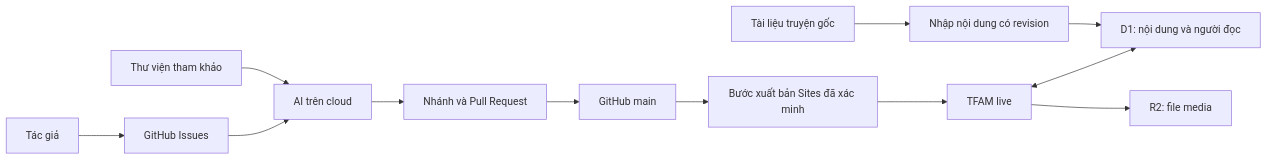
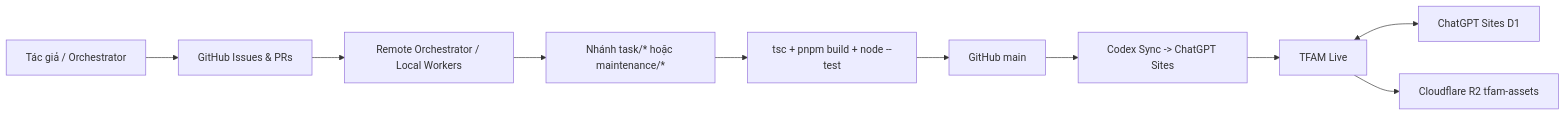
The diagram in docs/ARCHITECTURE.md (baonguyenduong254-cmd/tfam-platform), drawn with Mermaid before and after one commit. The commit also changed other lines of this file and 1733 other files, not shown here.

Commit message:
chore(repo): retire dead UI stubs & legacy art archives, refresh ARCHITECTURE.md

````diff
--- a/docs/ARCHITECTURE.md
+++ b/docs/ARCHITECTURE.md
@@ -27,14 +24,12 @@
 ```mermaid
 flowchart LR
-    Owner[Tác giả] --> Task[GitHub Issues]
-    Task --> Agent[AI trên cloud]
-    Ref[Thư viện tham khảo] --> Agent
-    Agent --> PR[Nhánh và Pull Request]
-    PR --> Main[GitHub main]
-    Main --> Release[Bước xuất bản Sites đã xác minh]
-    Release --> Site[TFAM live]
-    Site <--> DB[D1: nội dung và người đọc]
-    Site --> Media[R2: file media]
-    Docs[Tài liệu truyện gốc] --> Import[Nhập nội dung có revision]
-    Import --> DB
+    Owner[Tác giả / Orchestrator] --> Issues[GitHub Issues & PRs]
+    Issues --> Workers[Remote Orchestrator / Local Workers]
+    Workers --> Branch[Nhánh task/* hoặc maintenance/*]
+    Branch --> Checks[tsc + pnpm build + node --test]
+    Checks --> Main[GitHub main]
+    Main --> Codex[Codex Sync -> ChatGPT Sites]
+    Codex --> Site[TFAM Live]
+    Site <--> DB[ChatGPT Sites D1]
+    Site --> Media[Cloudflare R2 tfam-assets]
 ```
````
